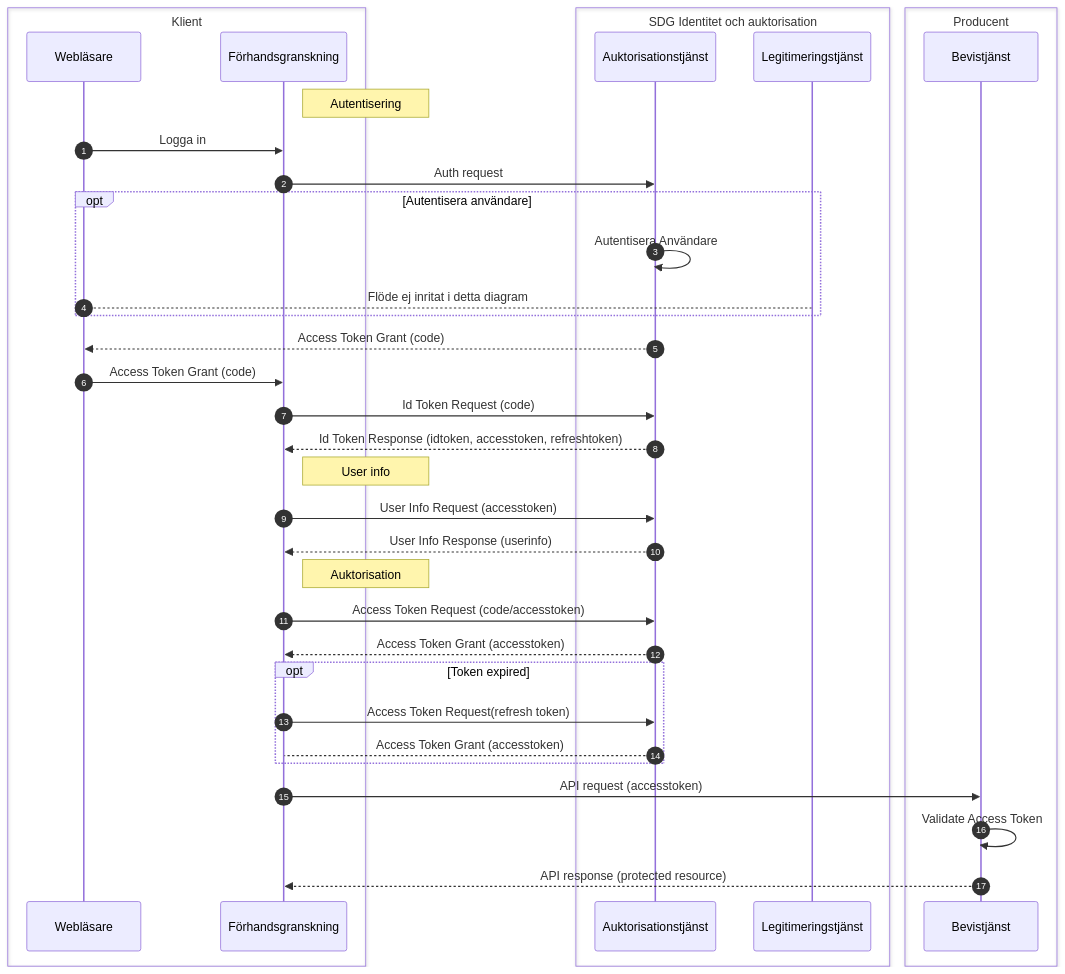
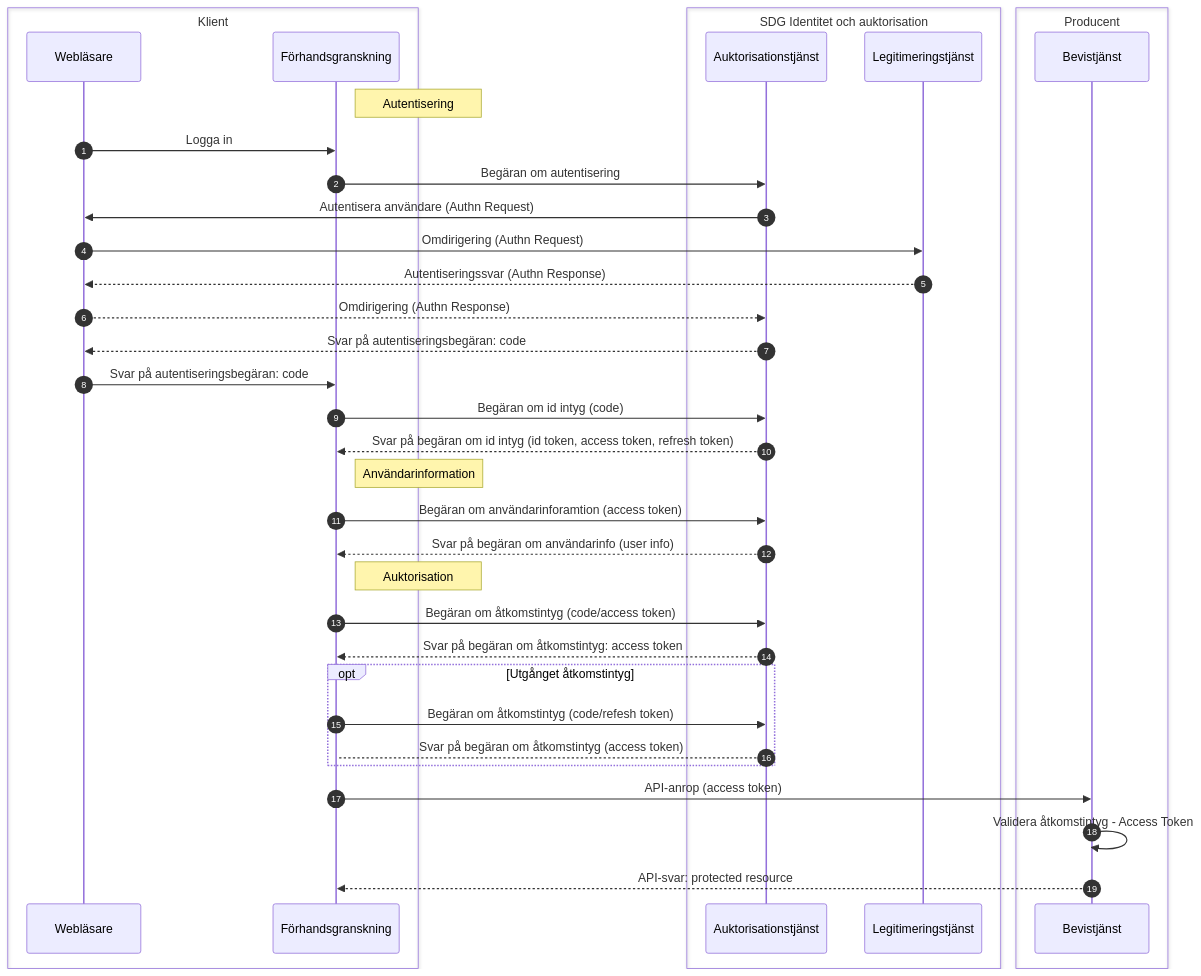
Before and after one commit to diggsweden/sdg-authorization: the fourth of 4 diagrams in docs/sequence.md, drawn with Mermaid. The commit also changed other lines of this file and 1 other file, not shown here.

````diff
--- a/docs/sequence.md
+++ b/docs/sequence.md
@@ -92,39 +133,39 @@
 ```mermaid
 sequenceDiagram
 autonumber
 box Klient
 participant W as Webläsare
 participant F as Förhandsgranskning
 end
 box SDG Identitet och auktorisation
 participant AT as Auktorisationstjänst
 participant LT as Legitimeringstjänst
 end
 box Producent
 participant BT as Bevistjänst
 end
 Note right of F: Autentisering
 W->>F: Logga in
-F->>AT: Auth request
-Opt Autentisera användare
-AT->>AT: Autentisera Användare
-W-->LT: Flöde ej inritat i detta diagram
+F->>AT: Begäran om autentisering
+AT->>W: Autentisera användare (Authn Request)
+W->>LT: Omdirigering (Authn Request)
+LT-->>W: Autentiseringssvar (Authn Response)
+W-->>AT: Omdirigering (Authn Response)
+AT-->>W: Svar på autentiseringsbegäran: code
+W->>F: Svar på autentiseringsbegäran: code
+F->>AT: Begäran om id intyg (code)
+AT-->>F: Svar på begäran om id intyg (id token, access token, refresh token)
+Note right of F: Användarinformation
+F->>AT: Begäran om användarinforamtion (access token)
+AT-->>F: Svar på begäran om användarinfo (user info)
+Note right of F: Auktorisation
+F->>AT: Begäran om åtkomstintyg (code/access token)
+AT-->>F: Svar på begäran om åtkomstintyg: access token
+Opt Utgånget åtkomstintyg
+F->>AT: Begäran om åtkomstintyg (code/refesh token)
+AT-->F: Svar på begäran om åtkomstintyg (access token)
 end
-AT-->>W: Access Token Grant (code)
-W->>F: Access Token Grant (code)
-F->>AT: Id Token Request (code)
-AT-->>F: Id Token Response (idtoken, accesstoken, refreshtoken)
-Note right of F: User info
-F->>AT: User Info Request (accesstoken)
-AT-->>F: User Info Response (userinfo)
-Note right of F: Auktorisation
-F->>AT: Access Token Request (code/accesstoken)
-AT-->>F: Access Token Grant (accesstoken)
-Opt Token expired
-F->>AT: Access Token Request(refresh token)
-AT-->F: Access Token Grant (accesstoken)
-end
-F->>BT: API request (accesstoken)
-BT->>BT: Validate Access Token
-BT-->>F: API response (protected resource)
+F->>BT: API-anrop (access token)
+BT->>BT: Validera åtkomstintyg - Access Token
+BT-->>F: API-svar: protected resource
 ```
````
